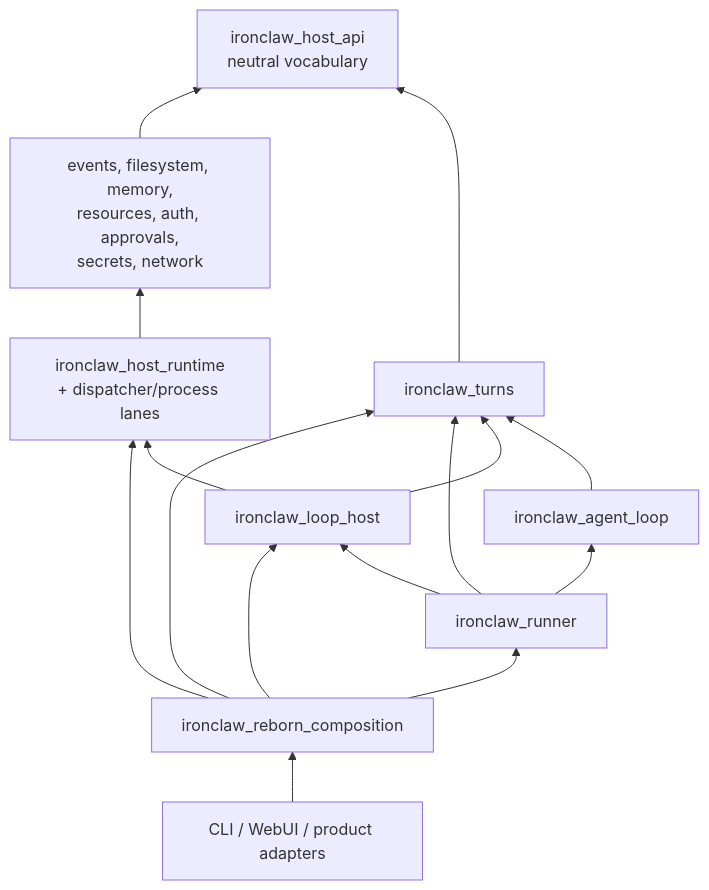
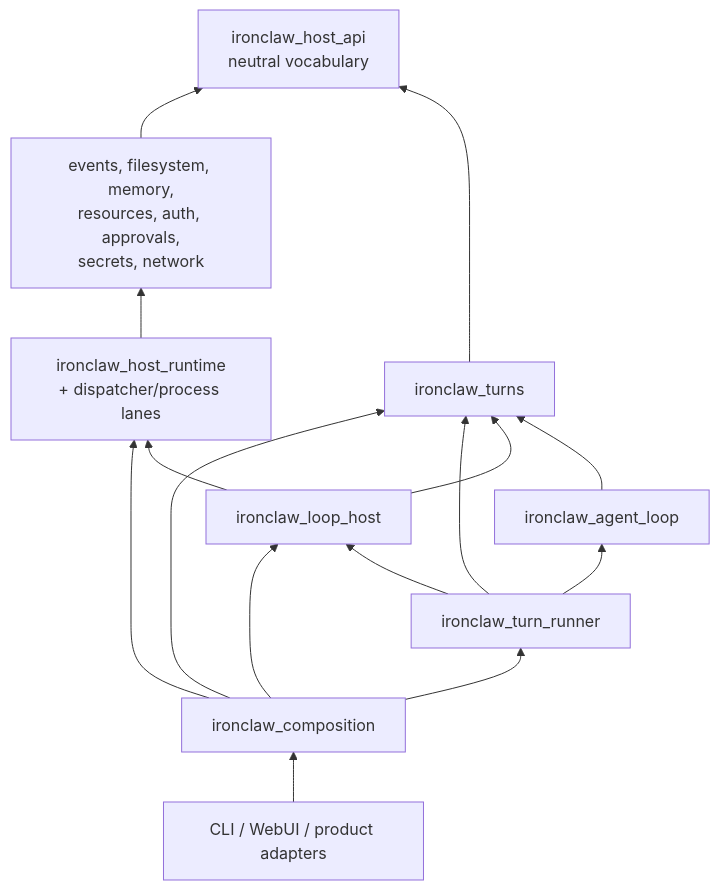
Before and after one commit to CloudEngineHub/ironclaw: the third of 7 diagrams in crates/Architecture.md, drawn with Mermaid. The commit also changed other lines of this file and 1530 other files, not shown here.

````diff
--- a/crates/Architecture.md
+++ b/crates/Architecture.md
@@ -364,27 +364,27 @@
 ```mermaid
 flowchart BT
     Entry["CLI / WebUI / product adapters"]
-    Composition["ironclaw_reborn_composition"]
-    Reborn["ironclaw_runner"]
+    Composition["ironclaw_composition"]
+    Reborn["ironclaw_turn_runner"]
     LoopSupport["ironclaw_loop_host"]
     AgentLoop["ironclaw_agent_loop"]
     Turns["ironclaw_turns"]
     Runtime["ironclaw_host_runtime\n+ dispatcher/process lanes"]
     Substrates["events, filesystem, memory,\nresources, auth, approvals,\nsecrets, network"]
     HostApi["ironclaw_host_api\nneutral vocabulary"]
 
     Entry --> Composition
     Composition --> Reborn
     Composition --> Turns
     Composition --> LoopSupport
     Composition --> Runtime
     Reborn --> AgentLoop
     Reborn --> Turns
     Reborn --> LoopSupport
     LoopSupport --> Turns
     LoopSupport --> Runtime
     AgentLoop --> Turns
     Runtime --> Substrates
     Substrates --> HostApi
     Turns --> HostApi
 ```
````
